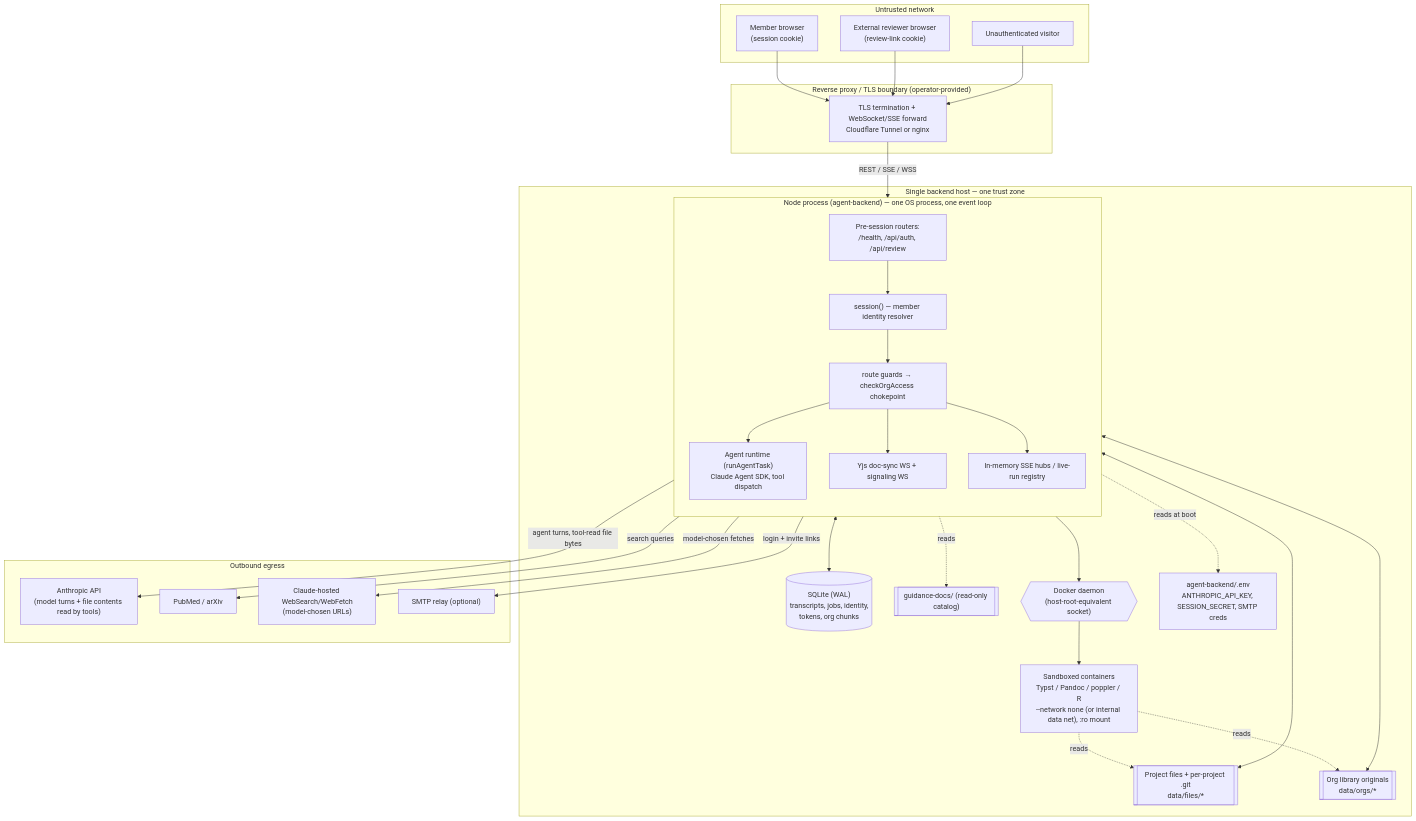
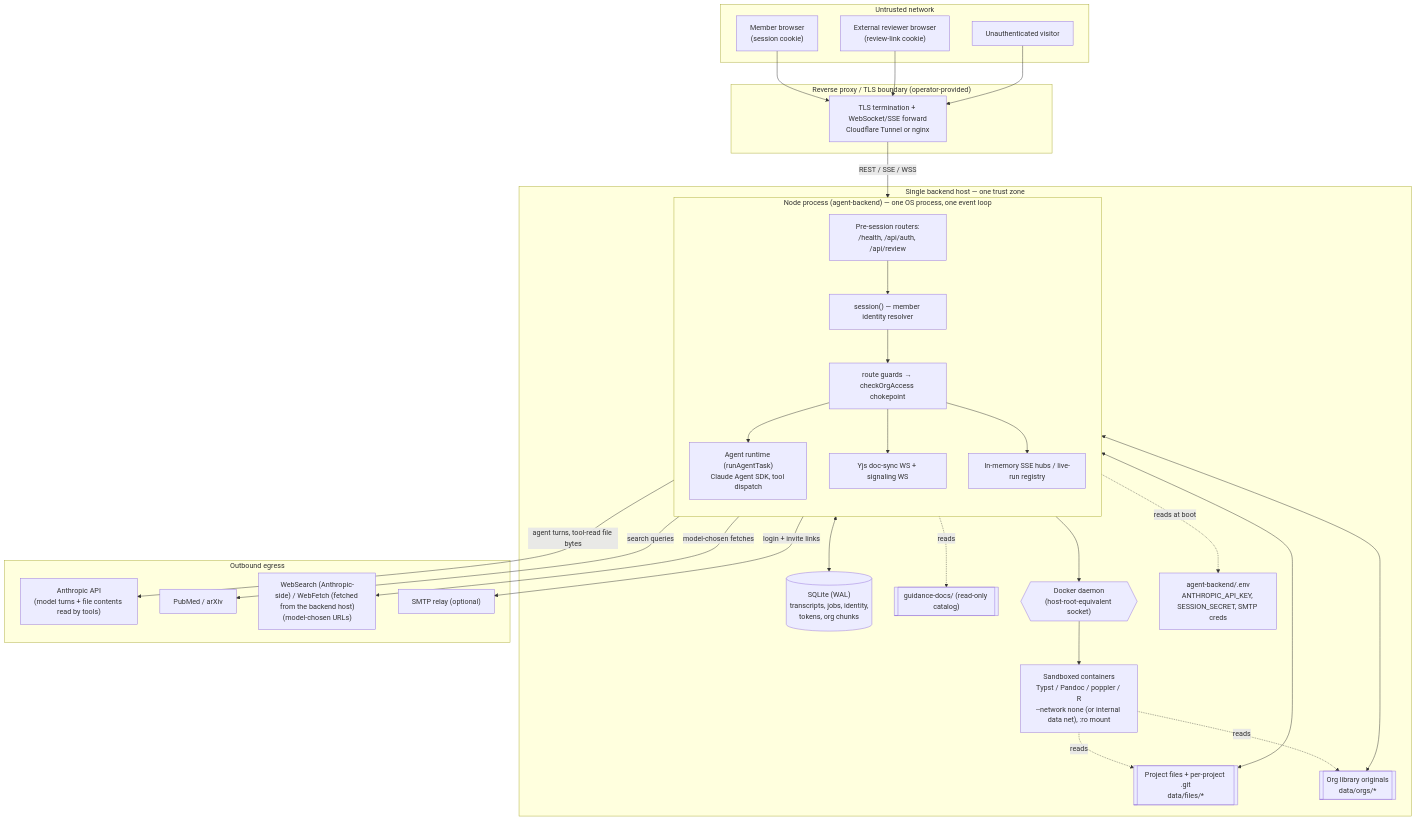
Before and after one commit to soundtrip-health/kuhn: the diagram in docs/security/threat-model.md, drawn with Mermaid. The commit also changed other lines of this file and 5 other files, not shown here.

First line of the commit message:
docs: fact-check architecture, record as-deployed topology, refresh threat model

````diff
--- a/docs/security/threat-model.md
+++ b/docs/security/threat-model.md
@@ -57,59 +58,59 @@
 ```mermaid
 flowchart TB
   subgraph Internet["Untrusted network"]
     Member["Member browser<br/>(session cookie)"]
     Guest["External reviewer browser<br/>(review-link cookie)"]
     Anon["Unauthenticated visitor"]
   end
 
   subgraph Edge["Reverse proxy / TLS boundary (operator-provided)"]
     RP["TLS termination + WebSocket/SSE forward<br/>Cloudflare Tunnel or nginx"]
   end
 
   subgraph Host["Single backend host — one trust zone"]
     subgraph Proc["Node process (agent-backend) — one OS process, one event loop"]
       direction TB
       Pre["Pre-session routers:<br/>/health, /api/auth, /api/review"]
       Sess["session() — member identity resolver"]
       Guard["route guards → checkOrgAccess chokepoint"]
       Runtime["Agent runtime (runAgentTask)<br/>Claude Agent SDK, tool dispatch"]
       YWS["Yjs doc-sync WS + signaling WS"]
       SSE["In-memory SSE hubs / live-run registry"]
     end
     DB[("SQLite (WAL)<br/>transcripts, jobs, identity,<br/>tokens, org chunks")]
     Files[["Project files + per-project .git<br/>data/files/*"]]
     Orgs[["Org library originals<br/>data/orgs/*"]]
     Guidance[["guidance-docs/ (read-only catalog)"]]
     Docker{{"Docker daemon<br/>(host-root-equivalent socket)"}}
     Sandbox["Sandboxed containers<br/>Typst / Pandoc / poppler / R<br/>--network none (or internal data net), :ro mount"]
     Env["agent-backend/.env<br/>ANTHROPIC_API_KEY, SESSION_SECRET, SMTP creds"]
   end
 
   subgraph Egress["Outbound egress"]
     Anthropic["Anthropic API<br/>(model turns + file contents read by tools)"]
     Scholar["PubMed / arXiv"]
-    WebTool["Claude-hosted WebSearch/WebFetch<br/>(model-chosen URLs)"]
+    WebTool["WebSearch (Anthropic-side) / WebFetch (fetched from the backend host)<br/>(model-chosen URLs)"]
     SMTP["SMTP relay (optional)"]
   end
 
   Member --> RP
   Guest --> RP
   Anon --> RP
   RP -->|"REST / SSE / WSS"| Pre
   Pre --> Sess --> Guard
   Guard --> Runtime
   Guard --> YWS
   Guard --> SSE
   Runtime <--> DB
   Runtime <--> Files
   Runtime --> Docker --> Sandbox
   Sandbox -.reads.-> Files
   Sandbox -.reads.-> Orgs
   Runtime <--> Orgs
   Runtime -.reads.-> Guidance
   Runtime -->|"agent turns, tool-read file bytes"| Anthropic
   Runtime -->|"search queries"| Scholar
   Runtime -->|"model-chosen fetches"| WebTool
   Sess -->|"login + invite links"| SMTP
   Proc -.reads at boot.-> Env
 ```
````
